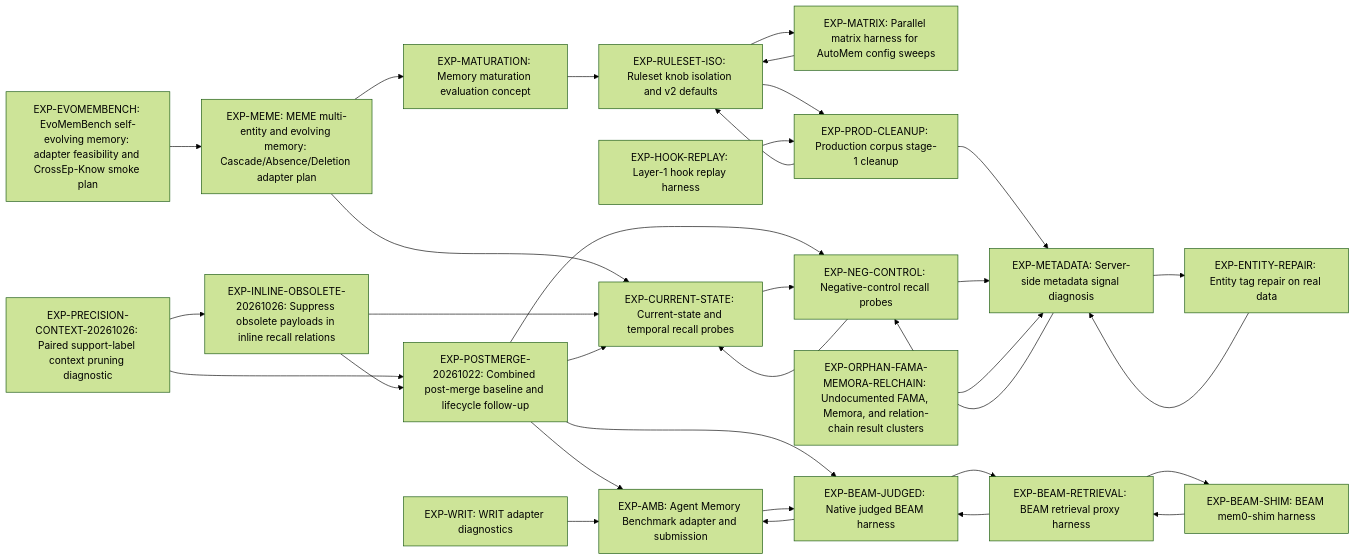
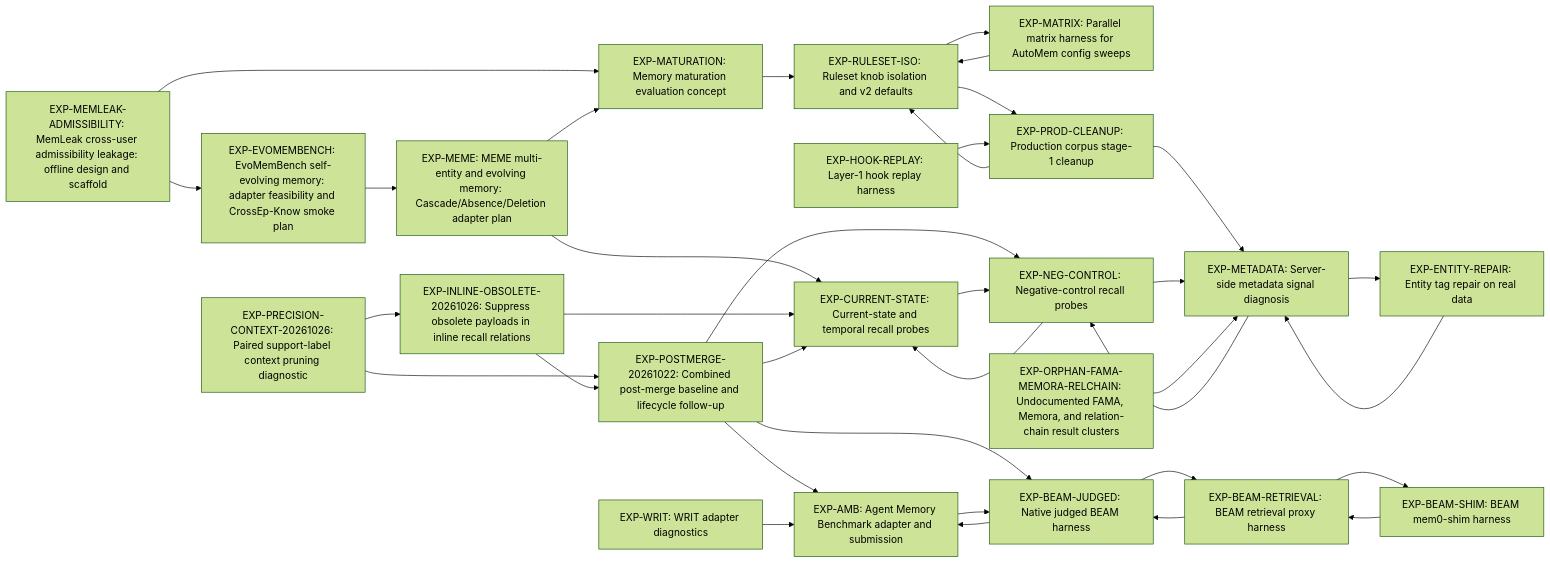
One commit to verygoodplugins/automem-evals changed the diagram in docs/experiments/STATUS.md. Above: the diagram before and after it, drawn with Mermaid (forest theme). The commit also changed other lines of this file and 7 other files, not shown here.

````diff
--- a/docs/experiments/STATUS.md
+++ b/docs/experiments/STATUS.md
@@ -35,55 +36,58 @@
 ```mermaid
 flowchart LR
+  EXP_MEMLEAK_ADMISSIBILITY["EXP-MEMLEAK-ADMISSIBILITY: MemLeak cross-user admissibility leakage: offline design and scaffold"]
   EXP_EVOMEMBENCH["EXP-EVOMEMBENCH: EvoMemBench self-evolving memory: adapter feasibility and CrossEp-Know smoke plan"]
   EXP_MEME["EXP-MEME: MEME multi-entity and evolving memory: Cascade/Absence/Deletion adapter plan"]
   EXP_PRECISION_CONTEXT_20261026["EXP-PRECISION-CONTEXT-20261026: Paired support-label context pruning diagnostic"]
   EXP_INLINE_OBSOLETE_20261026["EXP-INLINE-OBSOLETE-20261026: Suppress obsolete payloads in inline recall relations"]
   EXP_POSTMERGE_20261022["EXP-POSTMERGE-20261022: Combined post-merge baseline and lifecycle follow-up"]
   EXP_AMB["EXP-AMB: Agent Memory Benchmark adapter and submission"]
   EXP_MATRIX["EXP-MATRIX: Parallel matrix harness for AutoMem config sweeps"]
   EXP_BEAM_JUDGED["EXP-BEAM-JUDGED: Native judged BEAM harness"]
   EXP_BEAM_RETRIEVAL["EXP-BEAM-RETRIEVAL: BEAM retrieval proxy harness"]
   EXP_BEAM_SHIM["EXP-BEAM-SHIM: BEAM mem0-shim harness"]
   EXP_RULESET_ISO["EXP-RULESET-ISO: Ruleset knob isolation and v2 defaults"]
   EXP_PROD_CLEANUP["EXP-PROD-CLEANUP: Production corpus stage-1 cleanup"]
   EXP_HOOK_REPLAY["EXP-HOOK-REPLAY: Layer-1 hook replay harness"]
   EXP_CURRENT_STATE["EXP-CURRENT-STATE: Current-state and temporal recall probes"]
   EXP_ENTITY_REPAIR["EXP-ENTITY-REPAIR: Entity tag repair on real data"]
   EXP_METADATA["EXP-METADATA: Server-side metadata signal diagnosis"]
   EXP_NEG_CONTROL["EXP-NEG-CONTROL: Negative-control recall probes"]
   EXP_WRIT["EXP-WRIT: WRIT adapter diagnostics"]
   EXP_MATURATION["EXP-MATURATION: Memory maturation evaluation concept"]
   EXP_ORPHAN_FAMA_MEMORA_RELCHAIN["EXP-ORPHAN-FAMA-MEMORA-RELCHAIN: Undocumented FAMA, Memora, and relation-chain result clusters"]
+  EXP_MEMLEAK_ADMISSIBILITY --> EXP_EVOMEMBENCH
+  EXP_MEMLEAK_ADMISSIBILITY --> EXP_MATURATION
   EXP_EVOMEMBENCH --> EXP_MEME
   EXP_MEME --> EXP_CURRENT_STATE
   EXP_MEME --> EXP_MATURATION
   EXP_PRECISION_CONTEXT_20261026 --> EXP_POSTMERGE_20261022
   EXP_PRECISION_CONTEXT_20261026 --> EXP_INLINE_OBSOLETE_20261026
   EXP_INLINE_OBSOLETE_20261026 --> EXP_POSTMERGE_20261022
   EXP_INLINE_OBSOLETE_20261026 --> EXP_CURRENT_STATE
   EXP_POSTMERGE_20261022 --> EXP_CURRENT_STATE
   EXP_POSTMERGE_20261022 --> EXP_NEG_CONTROL
   EXP_POSTMERGE_20261022 --> EXP_AMB
   EXP_POSTMERGE_20261022 --> EXP_BEAM_JUDGED
   EXP_AMB --> EXP_BEAM_JUDGED
   EXP_MATRIX --> EXP_RULESET_ISO
   EXP_BEAM_JUDGED --> EXP_BEAM_RETRIEVAL
   EXP_BEAM_JUDGED --> EXP_AMB
   EXP_BEAM_RETRIEVAL --> EXP_BEAM_SHIM
   EXP_BEAM_RETRIEVAL --> EXP_BEAM_JUDGED
   EXP_BEAM_SHIM --> EXP_BEAM_RETRIEVAL
   EXP_RULESET_ISO --> EXP_PROD_CLEANUP
   EXP_RULESET_ISO --> EXP_MATRIX
   EXP_PROD_CLEANUP --> EXP_RULESET_ISO
   EXP_PROD_CLEANUP --> EXP_METADATA
   EXP_HOOK_REPLAY --> EXP_PROD_CLEANUP
   EXP_CURRENT_STATE --> EXP_NEG_CONTROL
   EXP_ENTITY_REPAIR --> EXP_METADATA
   EXP_METADATA --> EXP_ENTITY_REPAIR
   EXP_METADATA --> EXP_NEG_CONTROL
   EXP_NEG_CONTROL --> EXP_METADATA
   EXP_NEG_CONTROL --> EXP_CURRENT_STATE
   EXP_WRIT --> EXP_AMB
   EXP_MATURATION --> EXP_RULESET_ISO
   EXP_ORPHAN_FAMA_MEMORA_RELCHAIN --> EXP_METADATA
 ```
````
